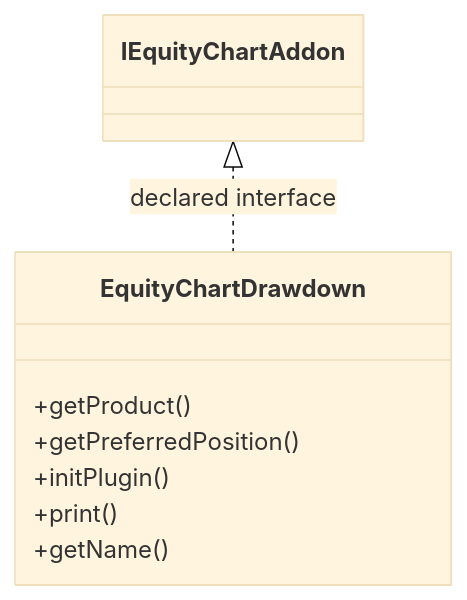
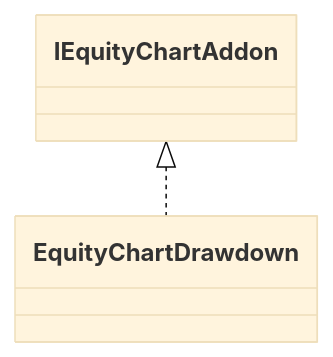
Before and after one commit to haruperi/HaruQuantAI: the diagram in docs/sqx/Results/EquityChartDrawdown.md, drawn with Mermaid (base theme). The commit also changed other lines of this file and 1688 other files, not shown here.

````diff
--- a/docs/sqx/Results/EquityChartDrawdown.md
+++ b/docs/sqx/Results/EquityChartDrawdown.md
@@ -30,12 +26,6 @@
 ```mermaid
 classDiagram
-    class C0f32a29ca8e2["EquityChartDrawdown"] {
-        +getProduct()
-        +getPreferredPosition()
-        +initPlugin()
-        +print()
-        +getName()
-    }
-    class C192f9089a204["IEquityChartAddon"]
-    C192f9089a204 <|.. C0f32a29ca8e2 : declared interface
+    class C0["EquityChartDrawdown"]
+    class E0["IEquityChartAddon"]
+    E0 <|.. C0
 ```
````
